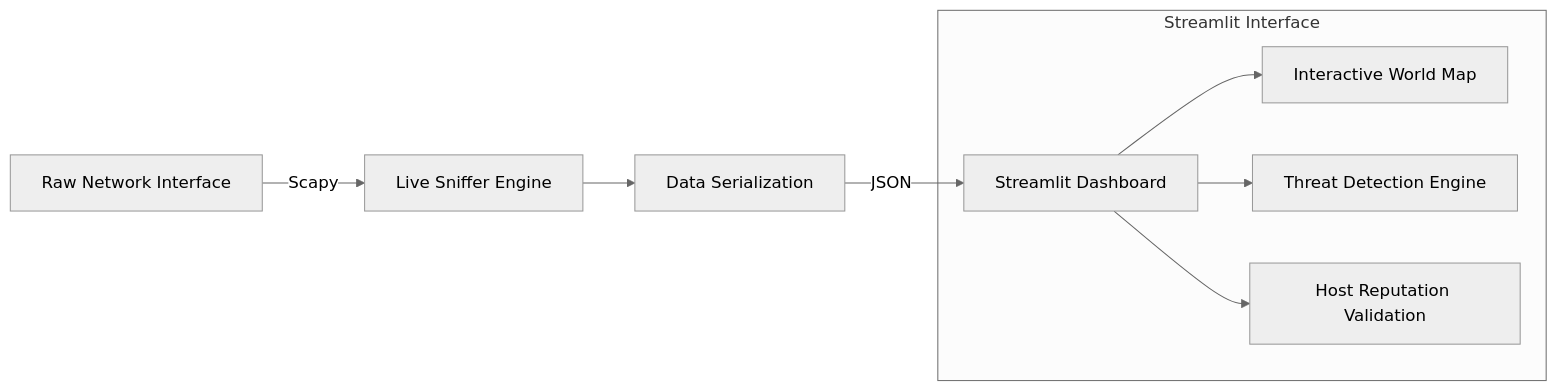
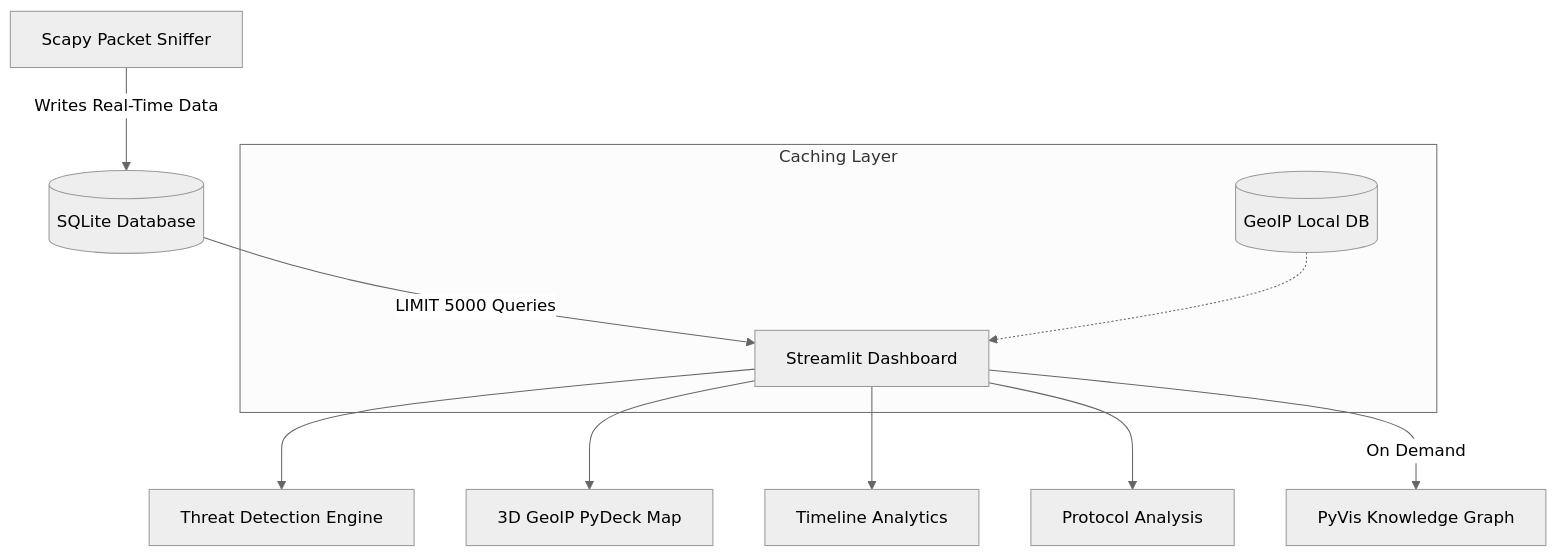
One commit to Pranavkalkur/Sentinel-Network-Intelligence-Platform changed the diagram in README.md. Above: the diagram before and after it, drawn with Mermaid (neutral theme). The commit also changed other lines of this file, not shown here.

Commit message:
Docs: Update README with premium markdown formatting and architecture diagrams

````diff
--- a/README.md
+++ b/README.md
@@ -70,12 +25,16 @@
 ```mermaid
-flowchart LR
-    A[Raw Network Interface] -->|Scapy| B[Live Sniffer Engine]
-    B --> C[Data Serialization]
-    C -->|JSON| D[Streamlit Dashboard]
+flowchart TD
+    A[Scapy Packet Sniffer] -->|Writes Real-Time Data| B[(SQLite Database)]
+    B -->|LIMIT 5000 Queries| C[Streamlit Dashboard]
     
-    subgraph Streamlit Interface
-        D --> E[Interactive World Map]
-        D --> F[Threat Detection Engine]
-        D --> G[Host Reputation Validation]
+    C --> D[Threat Detection Engine]
+    C --> E[3D GeoIP PyDeck Map]
+    C --> F[Timeline Analytics]
+    C --> G[Protocol Analysis]
+    
+    C -->|On Demand| H[PyVis Knowledge Graph]
+    
+    subgraph Caching Layer
+    I[(GeoIP Local DB)] -.-> C
     end
 ```
````
